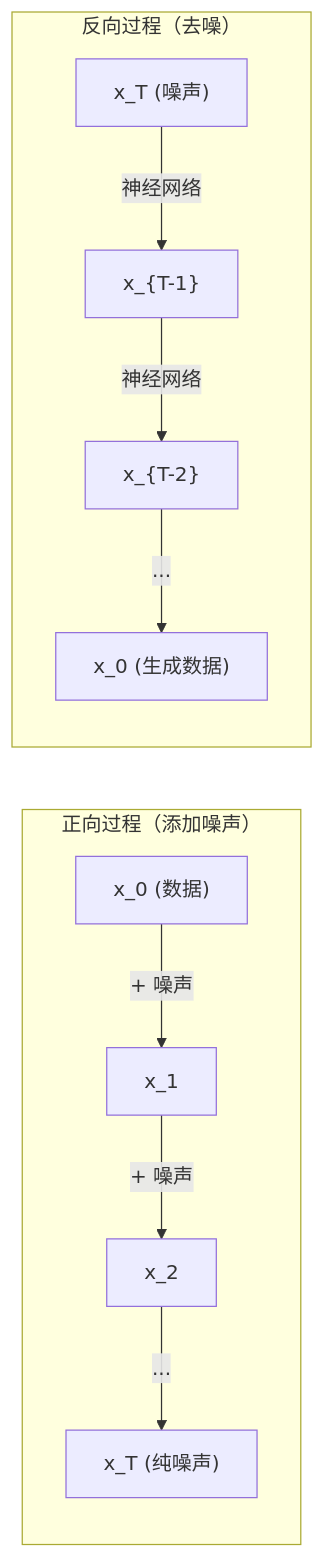
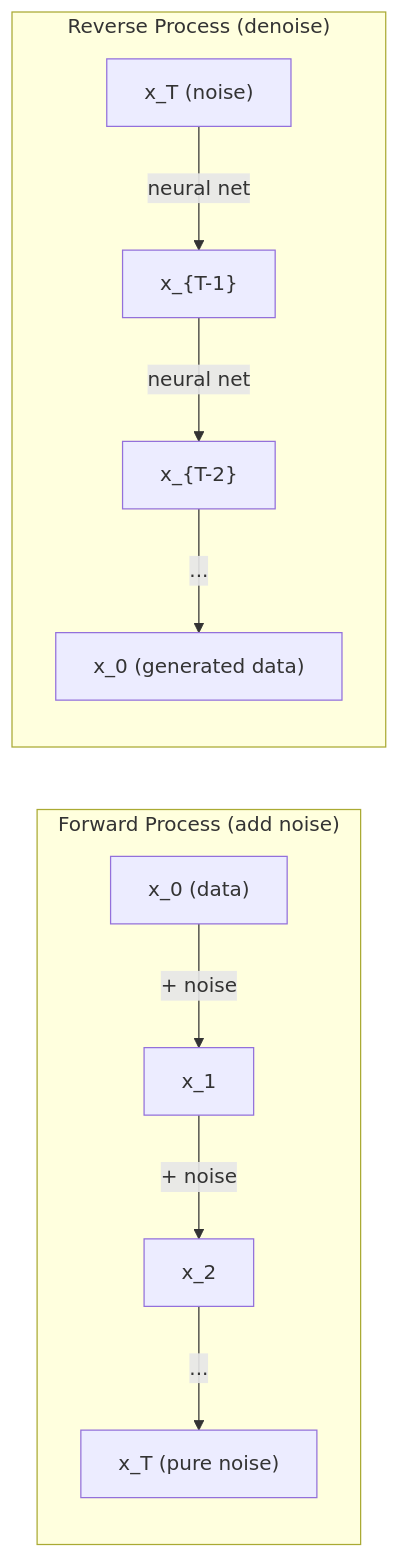
One commit to xiaojiaenen/ai-engineering-from-scratch-zh changed the second of 2 diagrams in i18n/zh/phases/01-math-foundations/22-stochastic-processes/docs/zh.md. Above: the diagram before and after it, drawn with Mermaid. The commit also changed other lines of this file and 22 other files, not shown here.

````diff
--- a/i18n/zh/phases/01-math-foundations/22-stochastic-processes/docs/zh.md
+++ b/i18n/zh/phases/01-math-foundations/22-stochastic-processes/docs/zh.md
@@ -182,13 +182,13 @@
 ```mermaid
 graph LR
-    subgraph "正向过程（添加噪声）"
-        X0["x_0 (数据)"] -->|"+ 噪声"| X1["x_1"]
-        X1 -->|"+ 噪声"| X2["x_2"]
-        X2 -->|"..."| XT["x_T (纯噪声)"]
+    subgraph "Forward Process (add noise)"
+        X0["x_0 (data)"] -->|"+ noise"| X1["x_1"]
+        X1 -->|"+ noise"| X2["x_2"]
+        X2 -->|"..."| XT["x_T (pure noise)"]
     end
-    subgraph "反向过程（去噪）"
-        XT2["x_T (噪声)"] -->|"神经网络"| XR2["x_{T-1}"]
-        XR2 -->|"神经网络"| XR1["x_{T-2}"]
-        XR1 -->|"..."| XR0["x_0 (生成数据)"]
+    subgraph "Reverse Process (denoise)"
+        XT2["x_T (noise)"] -->|"neural net"| XR2["x_{T-1}"]
+        XR2 -->|"neural net"| XR1["x_{T-2}"]
+        XR1 -->|"..."| XR0["x_0 (generated data)"]
     end
 ```
````
